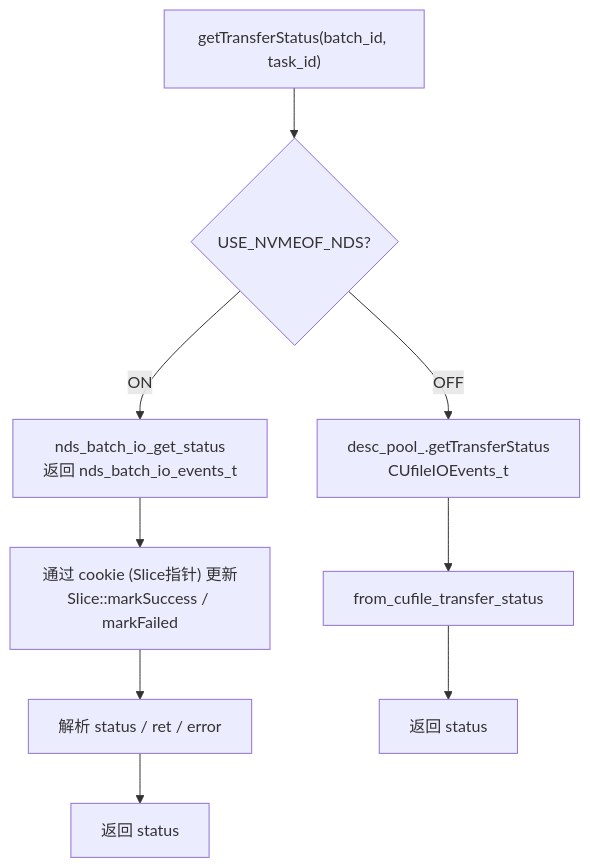
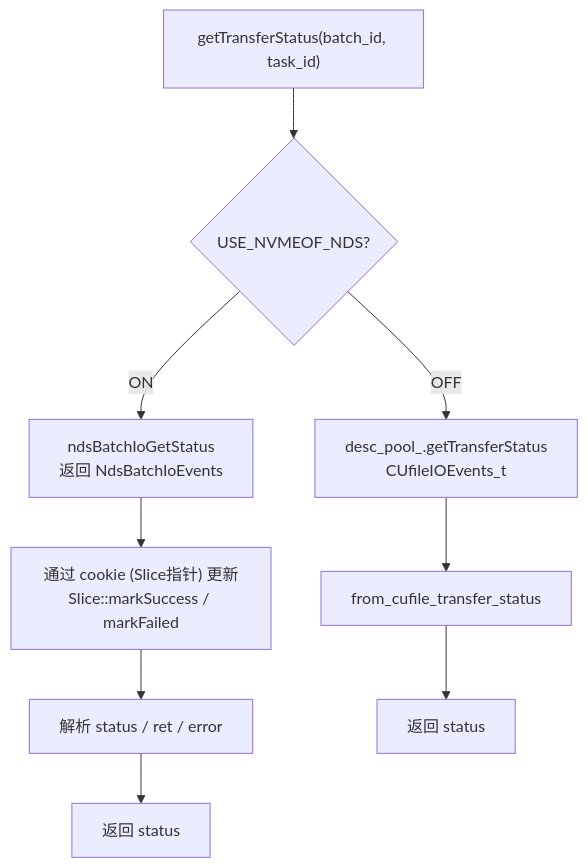
Before and after one commit to yz53665/Mooncake: the ninth of 15 diagrams in docs/rfc-nds-nvmeof-transport-cn.md, drawn with Mermaid. The commit also changed other lines of this file, not shown here.

````diff
--- a/docs/rfc-nds-nvmeof-transport-cn.md
+++ b/docs/rfc-nds-nvmeof-transport-cn.md
@@ -337,11 +332,11 @@
 ```mermaid
 flowchart TD
     Q["getTransferStatus(batch_id, task_id)"] --> CT{"USE_NVMEOF_NDS?"}
-    CT -->|ON| NDSGET["nds_batch_io_get_status<br/>返回 nds_batch_io_events_t"]
+    CT -->|ON| NDSGET["ndsBatchIoGetStatus<br/>返回 NdsBatchIoEvents"]
     NDSGET --> UPDATE["通过 cookie (Slice指针) 更新<br/>Slice::markSuccess / markFailed"]
     UPDATE --> MAP["解析 status / ret / error"]
     MAP --> OUT["返回 status"]
     CT -->|OFF| EV["desc_pool_.getTransferStatus<br/>CUfileIOEvents_t"]
     EV --> MAP2["from_cufile_transfer_status"]
     MAP2 --> OUT2["返回 status"]
 ```
````
